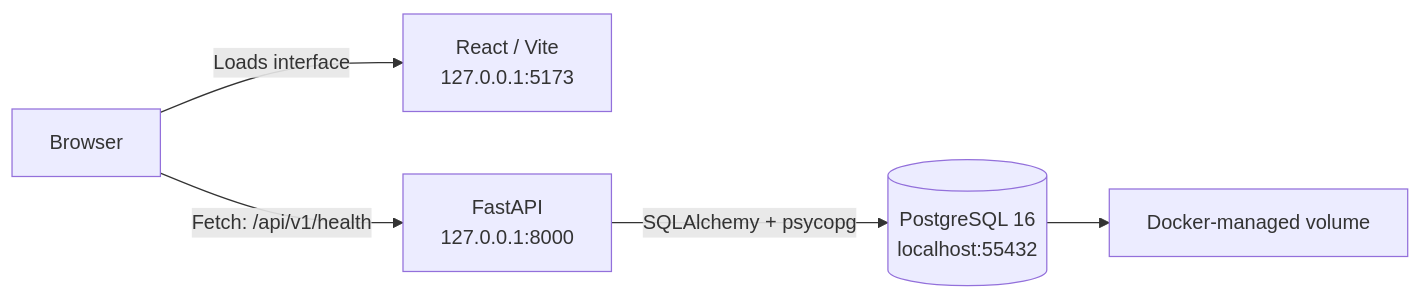
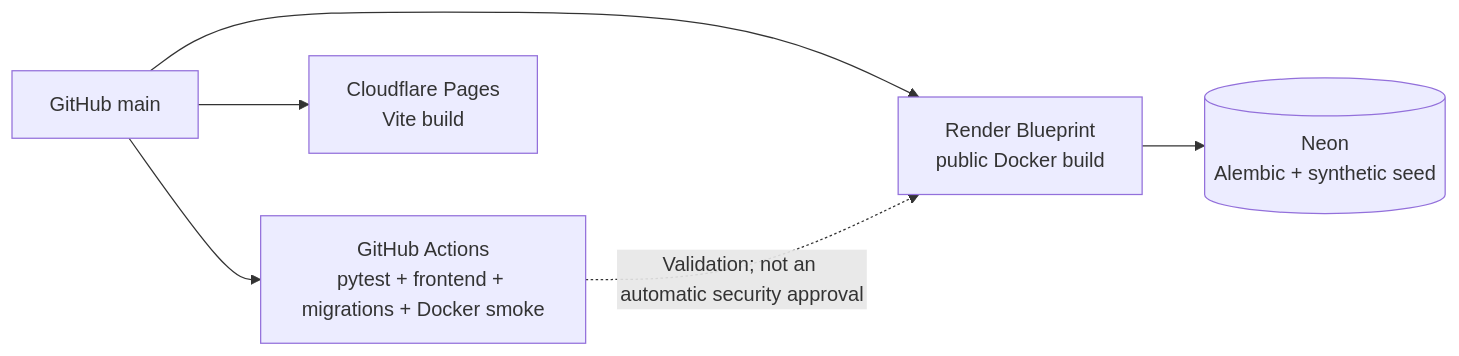
One commit to AlfredHeshmat/opsintelligence changed the third of 3 diagrams in docs/architecture.md. Above: the diagram before and after it, drawn with Mermaid. The commit also changed other lines of this file and 2 other files, not shown here.

Commit message:
docs: improve README, architecture and resume project entry

````diff
--- a/docs/architecture.md
+++ b/docs/architecture.md
@@ -11,13 +122,8 @@
 ```mermaid
 flowchart LR
-    Browser["Browser"]
-    Frontend["React / Vite<br/>127.0.0.1:5173"]
-    Backend["FastAPI<br/>127.0.0.1:8000"]
-    Database[("PostgreSQL 16<br/>localhost:55432")]
-    Storage["Docker-managed volume"]
-
-    Browser -->|"Loads interface"| Frontend
-    Browser -->|"Fetch: /api/v1/health"| Backend
-    Backend -->|"SQLAlchemy + psycopg"| Database
-    Database --> Storage
+    Code["GitHub main"] --> CI["GitHub Actions<br/>pytest + frontend + migrations + Docker smoke"]
+    Code --> Pages["Cloudflare Pages<br/>Vite build"]
+    Code --> Render["Render Blueprint<br/>public Docker build"]
+    Render --> Neon[("Neon<br/>Alembic + synthetic seed")]
+    CI -. "Validation; not an automatic security approval" .-> Render
 ```
````
